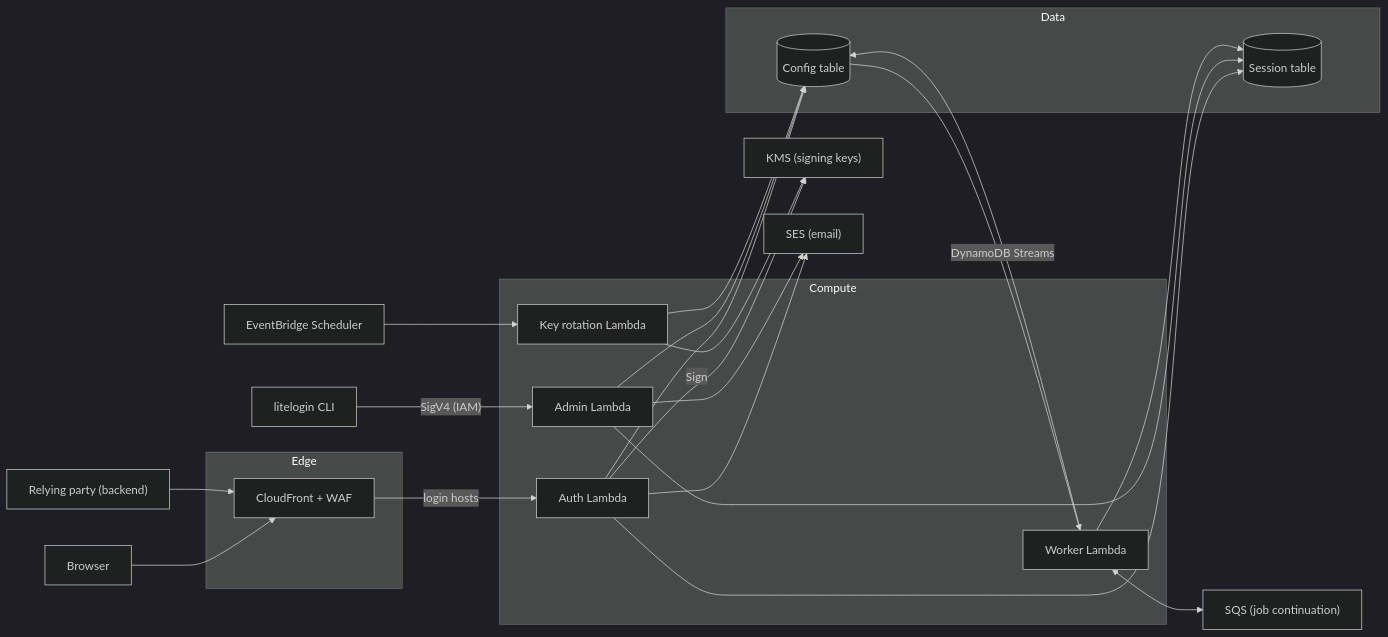
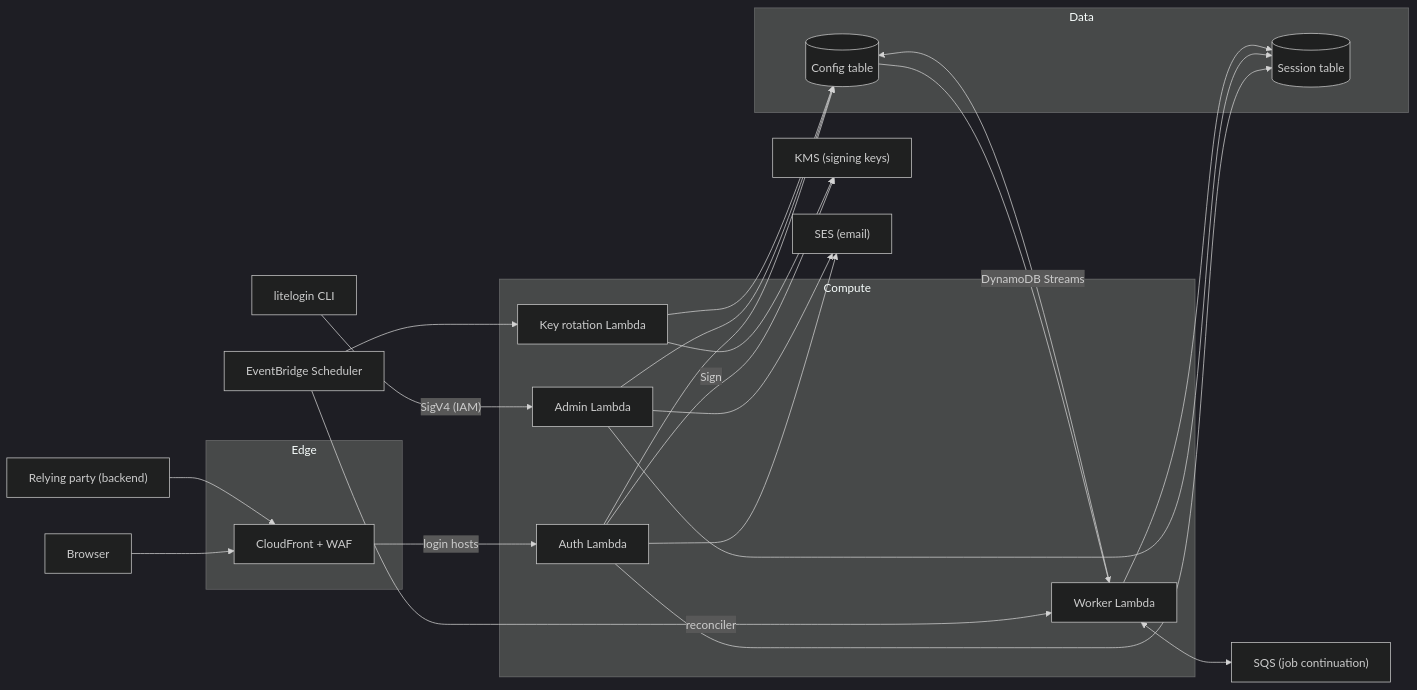
One commit to litelogin/litelogin changed the diagram in Architecture.md. Above: the diagram before and after it, drawn with Mermaid (dark theme). The commit also changed other lines of this file and 1 other file, not shown here.

First line of the commit message:
Address architecture review feedback

````diff
--- a/Architecture.md
+++ b/Architecture.md
@@ -20,50 +20,51 @@
 ```mermaid
 flowchart LR
     Browser["Browser"]
     RP["Relying party (backend)"]
     CLI["litelogin CLI"]
 
     subgraph Edge
         CF["CloudFront + WAF"]
     end
 
     subgraph Compute
         AuthFn["Auth Lambda"]
         AdminFn["Admin Lambda"]
         Worker["Worker Lambda"]
         Rotate["Key rotation Lambda"]
     end
 
     subgraph Data
         Config[("Config table")]
         Session[("Session table")]
     end
 
     KMS["KMS (signing keys)"]
     SES["SES (email)"]
     SQS["SQS (job continuation)"]
     Sched["EventBridge Scheduler"]
 
     Browser --> CF
     RP --> CF
     CF -->|"login hosts"| AuthFn
 
     AuthFn --> Config
     AuthFn --> Session
     AuthFn -->|"Sign"| KMS
     AuthFn --> SES
 
     CLI -->|"SigV4 (IAM)"| AdminFn
     AdminFn --> Config
     AdminFn --> Session
     AdminFn --> SES
 
     Config -->|"DynamoDB Streams"| Worker
     Worker <--> SQS
     Worker --> Config
     Worker --> Session
 
+    Sched -->|"reconciler"| Worker
     Sched --> Rotate
     Rotate --> KMS
     Rotate --> Config
 ```
````
